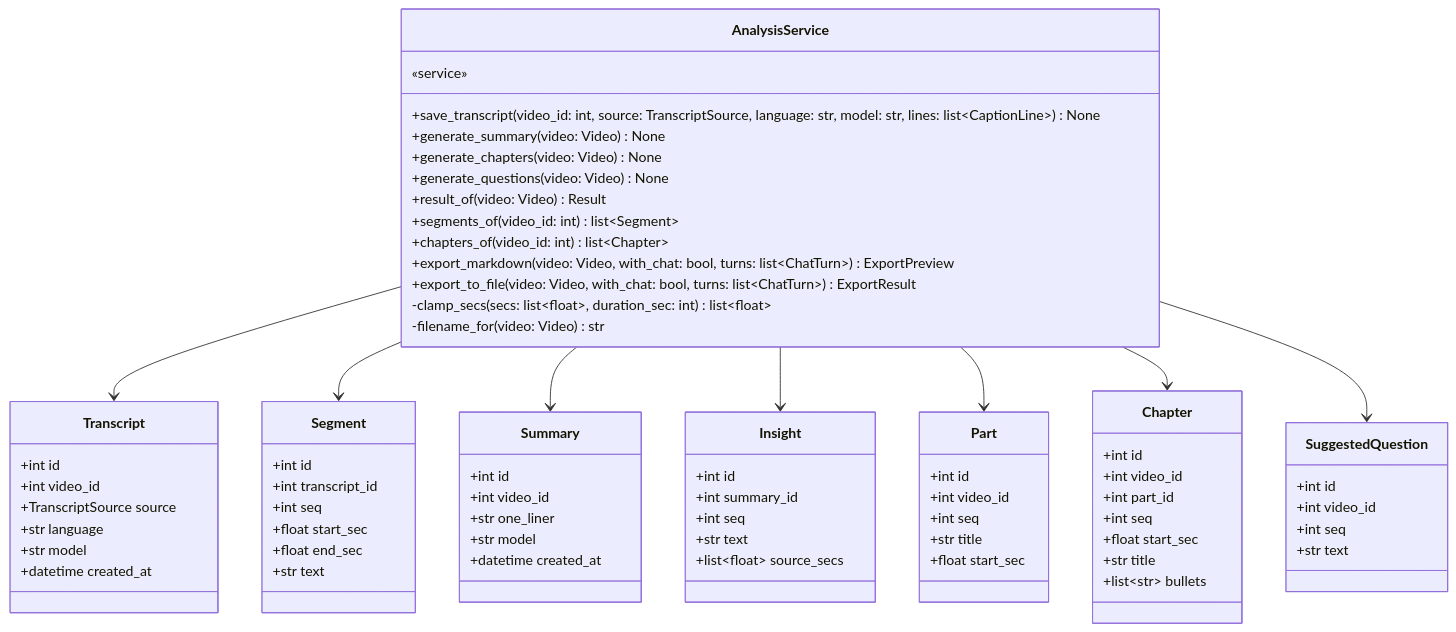
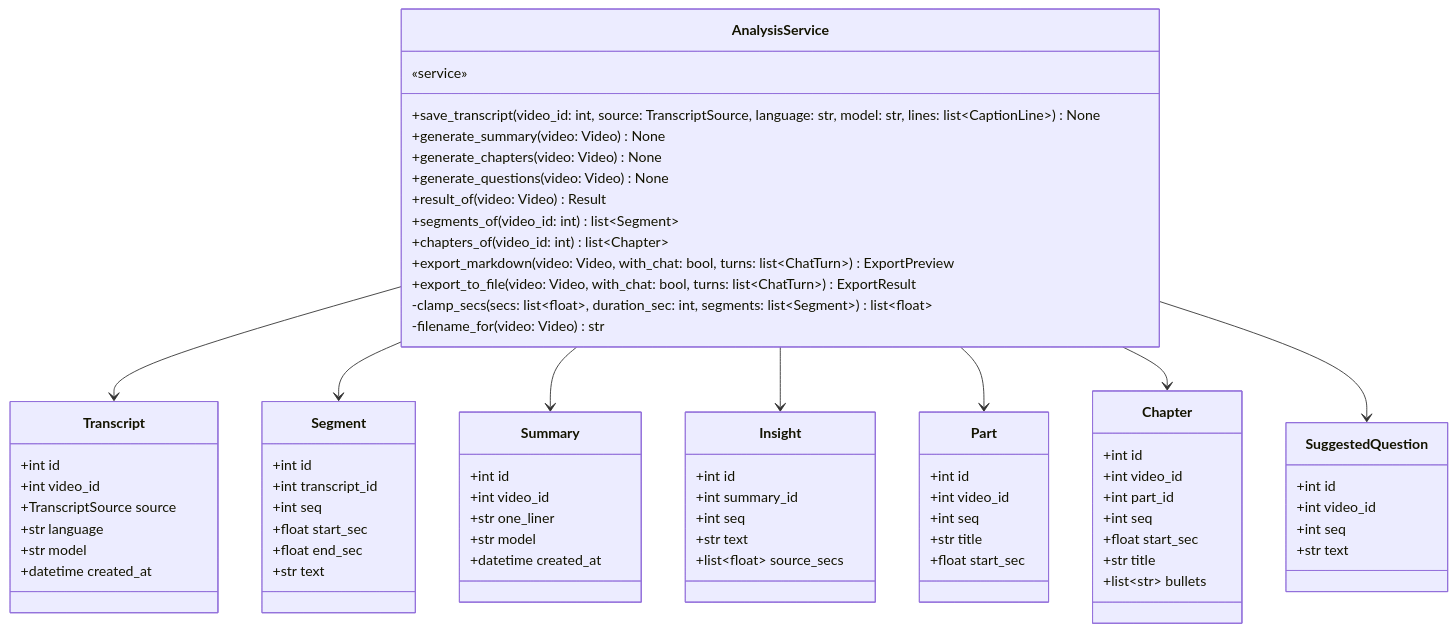
Diagram 16 of 18 in docs/specs/06-DOM/VA-DOM-002.md (HoyoungParkme/video-agent), drawn with Mermaid before and after one commit. The commit also changed other lines of this file, not shown here.

Commit message:
MINISPEC 되먹임 — clamp_secs에 segments 인자
범위 밖 시각을 가장 가까운 구간 시각으로 보정하려면 구간 목록이 필요하다(VA-MS-003 3장). 시그니처만 바뀌고 규칙은 그대로.

````diff
--- a/docs/specs/06-DOM/VA-DOM-002.md
+++ b/docs/specs/06-DOM/VA-DOM-002.md
@@ -747,76 +747,76 @@
 ```mermaid
 classDiagram
     class AnalysisService {
         «service»
         +save_transcript(video_id: int, source: TranscriptSource, language: str, model: str, lines: list~CaptionLine~) None
         +generate_summary(video: Video) None
         +generate_chapters(video: Video) None
         +generate_questions(video: Video) None
         +result_of(video: Video) Result
         +segments_of(video_id: int) list~Segment~
         +chapters_of(video_id: int) list~Chapter~
         +export_markdown(video: Video, with_chat: bool, turns: list~ChatTurn~) ExportPreview
         +export_to_file(video: Video, with_chat: bool, turns: list~ChatTurn~) ExportResult
-        -clamp_secs(secs: list~float~, duration_sec: int) list~float~
+        -clamp_secs(secs: list~float~, duration_sec: int, segments: list~Segment~) list~float~
         -filename_for(video: Video) str
     }
     class Transcript {
         +int id
         +int video_id
         +TranscriptSource source
         +str language
         +str model
         +datetime created_at
     }
     class Segment {
         +int id
         +int transcript_id
         +int seq
         +float start_sec
         +float end_sec
         +str text
     }
     class Summary {
         +int id
         +int video_id
         +str one_liner
         +str model
         +datetime created_at
     }
     class Insight {
         +int id
         +int summary_id
         +int seq
         +str text
         +list~float~ source_secs
     }
     class Part {
         +int id
         +int video_id
         +int seq
         +str title
         +float start_sec
     }
     class Chapter {
         +int id
         +int video_id
         +int part_id
         +int seq
         +float start_sec
         +str title
         +list~str~ bullets
     }
     class SuggestedQuestion {
         +int id
         +int video_id
         +int seq
         +str text
     }
     AnalysisService --> Transcript
     AnalysisService --> Segment
     AnalysisService --> Summary
     AnalysisService --> Insight
     AnalysisService --> Part
     AnalysisService --> Chapter
     AnalysisService --> SuggestedQuestion
 ```
````
